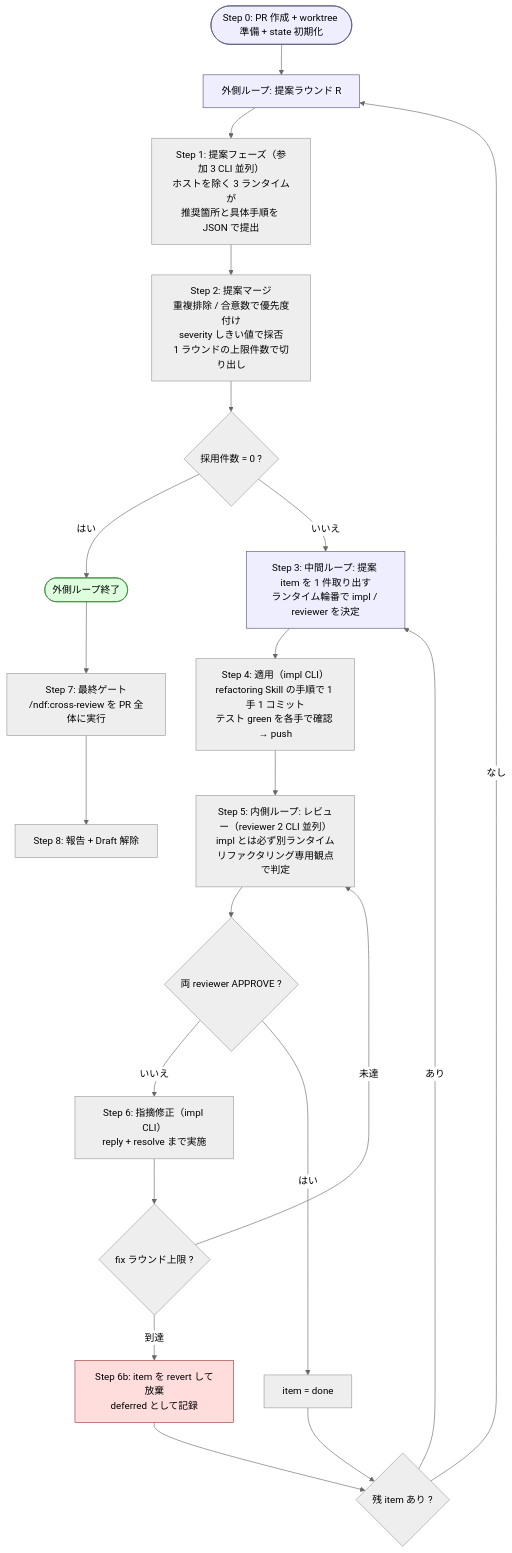
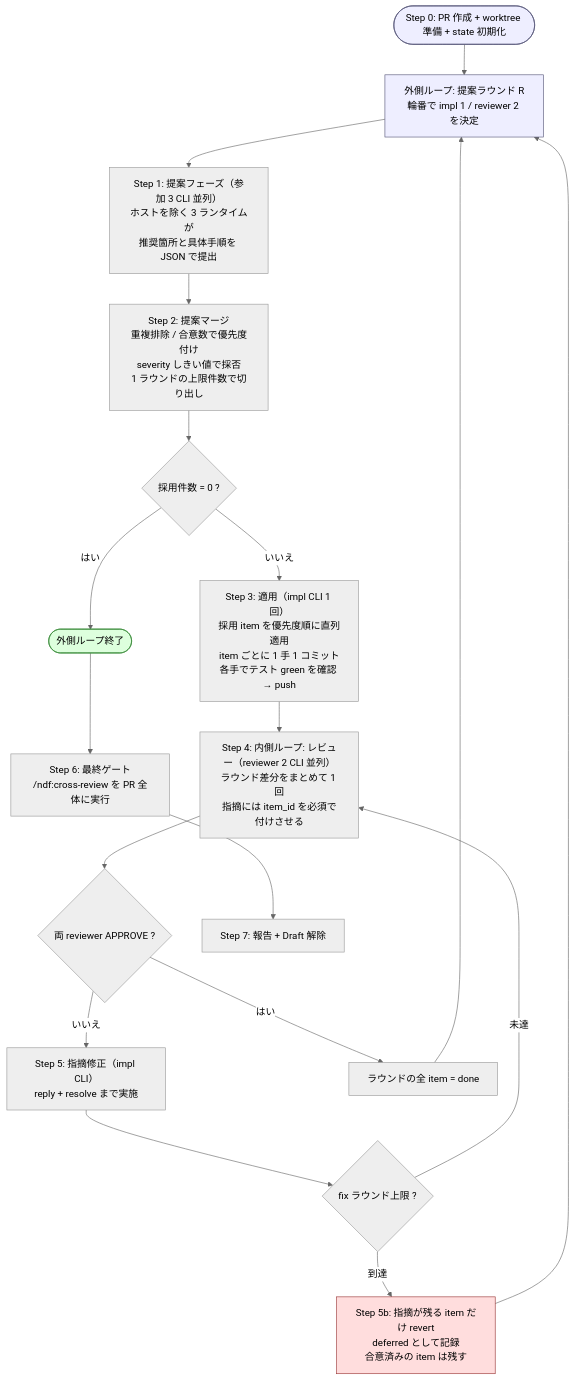
One commit to devbasex/ai-plugins changed the diagram in issues/issue-113-cross-refactoring-loop.md. Above: the diagram before and after it, drawn with Mermaid (neutral theme). The commit also changed other lines of this file and 1 other file, not shown here.

First line of the commit message:
Update: レビュー単位を item から提案ラウンドへ変更しコストを削減

````diff
--- a/issues/issue-113-cross-refactoring-loop.md
+++ b/issues/issue-113-cross-refactoring-loop.md
@@ -58,32 +62,29 @@
 ```mermaid
 flowchart TD
     Init([Step 0: PR 作成 + worktree 準備 + state 初期化]):::phase --> Outer
 
-    Outer["外側ループ: 提案ラウンド R"]:::phase --> Propose
+    Outer["外側ループ: 提案ラウンド R<br/>輪番で impl 1 / reviewer 2 を決定"]:::phase --> Propose
     Propose["Step 1: 提案フェーズ（参加 3 CLI 並列）<br/>ホストを除く 3 ランタイムが<br/>推奨箇所と具体手順を JSON で提出"]
     Propose --> Merge["Step 2: 提案マージ<br/>重複排除 / 合意数で優先度付け<br/>severity しきい値で採否<br/>1 ラウンドの上限件数で切り出し"]
     Merge --> Empty{"採用件数 = 0 ?"}
     Empty -->|はい| Final([外側ループ終了]):::ok
-    Empty -->|いいえ| Item
+    Empty -->|いいえ| Apply
 
-    Item["Step 3: 中間ループ: 提案 item を 1 件取り出す<br/>ランタイム輪番で impl / reviewer を決定"]:::phase
-    Item --> Apply["Step 4: 適用（impl CLI）<br/>refactoring Skill の手順で 1 手 1 コミット<br/>テスト green を各手で確認 → push"]
-    Apply --> Review["Step 5: 内側ループ: レビュー（reviewer 2 CLI 並列）<br/>impl とは必ず別ランタイム<br/>リファクタリング専用観点で判定"]
+    Apply["Step 3: 適用（impl CLI 1 回）<br/>採用 item を優先度順に直列適用<br/>item ごとに 1 手 1 コミット<br/>各手でテスト green を確認 → push"]
+    Apply --> Review["Step 4: 内側ループ: レビュー（reviewer 2 CLI 並列）<br/>ラウンド差分をまとめて 1 回<br/>指摘には item_id を必須で付けさせる"]
     Review --> Judge{"両 reviewer APPROVE ?"}
-    Judge -->|いいえ| Fix["Step 6: 指摘修正（impl CLI）<br/>reply + resolve まで実施"]
+    Judge -->|いいえ| Fix["Step 5: 指摘修正（impl CLI）<br/>reply + resolve まで実施"]
     Fix --> FixCap{"fix ラウンド上限 ?"}
     FixCap -->|未達| Review
-    FixCap -->|到達| Abandon["Step 6b: item を revert して放棄<br/>deferred として記録"]:::stop
-    Judge -->|はい| Done["item = done"]
-    Abandon --> Next
-    Done --> Next{"残 item あり ?"}
-    Next -->|あり| Item
-    Next -->|なし| Outer
+    FixCap -->|到達| Abandon["Step 5b: 指摘が残る item だけ revert<br/>deferred として記録<br/>合意済みの item は残す"]:::stop
+    Judge -->|はい| Done["ラウンドの全 item = done"]
+    Abandon --> Outer
+    Done --> Outer
 
-    Final --> Gate["Step 7: 最終ゲート<br/>/ndf:cross-review を PR 全体に実行"]
-    Gate --> Report["Step 8: 報告 + Draft 解除"]
+    Final --> Gate["Step 6: 最終ゲート<br/>/ndf:cross-review を PR 全体に実行"]
+    Gate --> Report["Step 7: 報告 + Draft 解除"]
 
     classDef phase fill:#eef,stroke:#557
     classDef ok fill:#dfd,stroke:#383
     classDef stop fill:#fdd,stroke:#933
 ```
````
